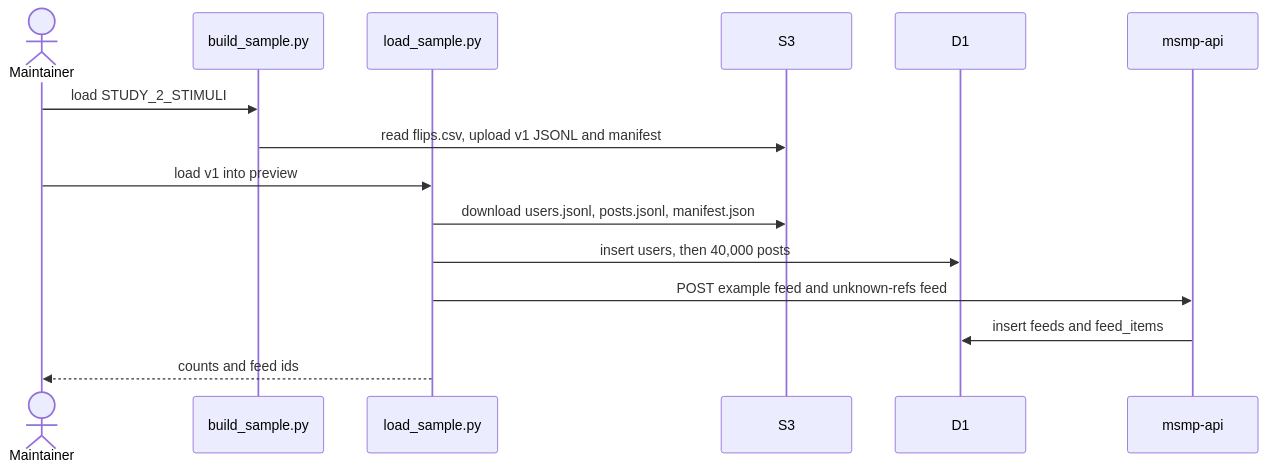
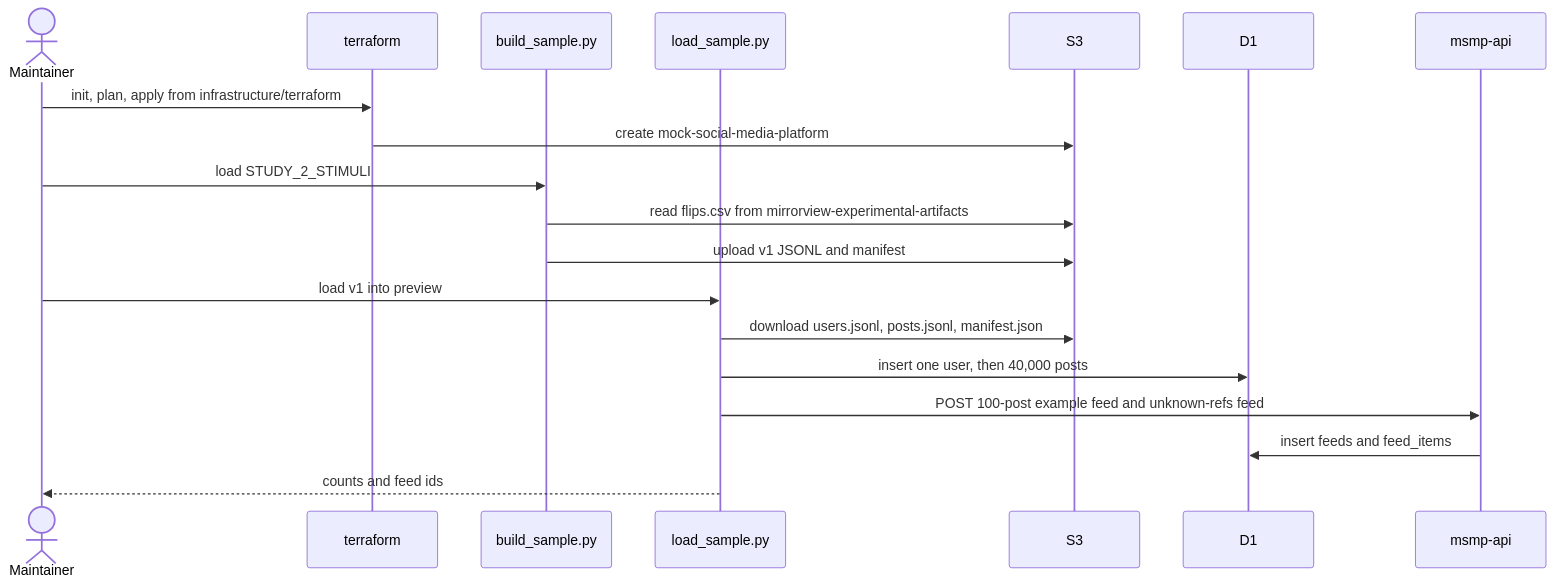
Before and after one commit to METResearchGroup/mock_social_media_platform: the second of 2 diagrams in docs/plans/2026-10-27_mirrorview-study2-sample-feed_7b2e91/proposal.md, drawn with Mermaid. The commit also changed other lines of this file, not shown here.

First line of the commit message:
Record the new sample bucket and Terraform plan.

````diff
--- a/docs/plans/2026-10-27_mirrorview-study2-sample-feed_7b2e91/proposal.md
+++ b/docs/plans/2026-10-27_mirrorview-study2-sample-feed_7b2e91/proposal.md
@@ -190,17 +214,21 @@
 ```mermaid
 sequenceDiagram
   actor M as Maintainer
+  participant T as terraform
   participant B as build_sample.py
   participant S as load_sample.py
   participant S3
   participant D1
   participant API as msmp-api
+  M->>T: init, plan, apply from infrastructure/terraform
+  T->>S3: create mock-social-media-platform
   M->>B: load STUDY_2_STIMULI
-  B->>S3: read flips.csv, upload v1 JSONL and manifest
+  B->>S3: read flips.csv from mirrorview-experimental-artifacts
+  B->>S3: upload v1 JSONL and manifest
   M->>S: load v1 into preview
   S->>S3: download users.jsonl, posts.jsonl, manifest.json
-  S->>D1: insert users, then 40,000 posts
-  S->>API: POST example feed and unknown-refs feed
+  S->>D1: insert one user, then 40,000 posts
+  S->>API: POST 100-post example feed and unknown-refs feed
   API->>D1: insert feeds and feed_items
   S-->>M: counts and feed ids
 ```
````
